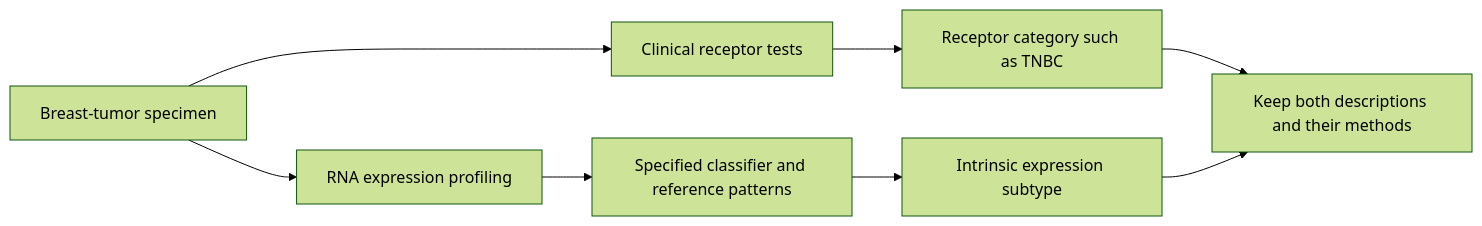
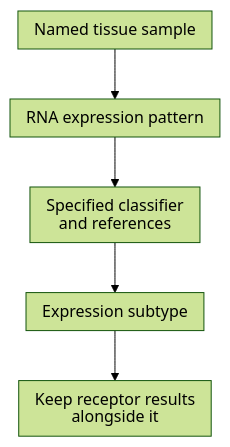
Before and after one commit to jasonLaster/oncoguide: the diagram in wiki/education/concepts/breast-cancer/receptors-and-subtypes/intrinsic-subtype.md, drawn with Mermaid (forest theme). The commit also changed other lines of this file and 31 other files, not shown here.

````diff
--- a/wiki/education/concepts/breast-cancer/receptors-and-subtypes/intrinsic-subtype.md
+++ b/wiki/education/concepts/breast-cancer/receptors-and-subtypes/intrinsic-subtype.md
@@ -48,10 +48,8 @@
 ```mermaid
-flowchart LR
-    A["Breast-tumor specimen"] --> B["Clinical receptor tests"]
-    A --> C["RNA expression profiling"]
-    B --> D["Receptor category such as TNBC"]
-    C --> E["Specified classifier and reference patterns"]
-    E --> F["Intrinsic expression subtype"]
-    D --> G["Keep both descriptions and their methods"]
-    F --> G
+%%{init: {"htmlLabels":false,"flowchart":{"htmlLabels":false,"padding":8,"nodeSpacing":25}}}%%
+flowchart TD
+    A["Named tissue sample"] --> B["RNA expression pattern"]
+    B --> C["Specified classifier<br/>and references"]
+    C --> D["Expression subtype"]
+    D --> E["Keep receptor results<br/>alongside it"]
 ```
````
